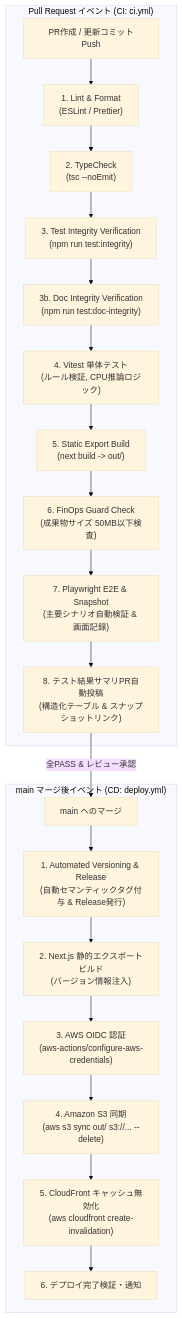
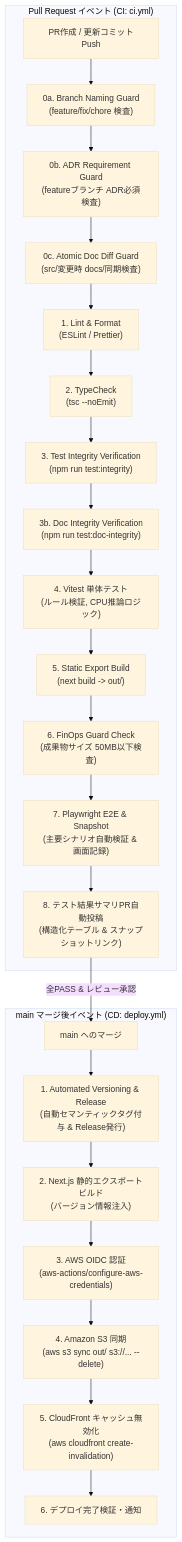
One commit to dandelion0016/algo changed the diagram in docs/design/sre/cicd-pipeline.md. Above: the diagram before and after it, drawn with Mermaid (base theme). The commit also changed other lines of this file and 5 other files, not shown here.

Commit message:
chore: enforce branch naming (feature/fix/chore), mandatory ADR for feature, and atomic doc diff hook

````diff
--- a/docs/design/sre/cicd-pipeline.md
+++ b/docs/design/sre/cicd-pipeline.md
@@ -35,25 +38,28 @@
 ```mermaid
 flowchart TD
     subgraph PullRequest["Pull Request イベント (CI: ci.yml)"]
-        PR["PR作成 / 更新コミットPush"] --> Step1["1. Lint & Format<br>(ESLint / Prettier)"]
+        PR["PR作成 / 更新コミットPush"] --> Step0a["0a. Branch Naming Guard<br>(feature/fix/chore 検査)"]
+        Step0a --> Step0b["0b. ADR Requirement Guard<br>(featureブランチ ADR必須検査)"]
+        Step0b --> Step0c["0c. Atomic Doc Diff Guard<br>(src/変更時 docs/同期検査)"]
+        Step0c --> Step1["1. Lint & Format<br>(ESLint / Prettier)"]
         Step1 --> Step2["2. TypeCheck<br>(tsc --noEmit)"]
         Step2 --> Step3["3. Test Integrity Verification<br>(npm run test:integrity)"]
         Step3 --> Step3b["3b. Doc Integrity Verification<br>(npm run test:doc-integrity)"]
         Step3b --> Step4["4. Vitest 単体テスト<br>(ルール検証, CPU推論ロジック)"]
         Step4 --> Step5["5. Static Export Build<br>(next build -> out/)"]
         Step5 --> Step6["6. FinOps Guard Check<br>(成果物サイズ 50MB以下検査)"]
         Step6 --> Step7["7. Playwright E2E & Snapshot<br>(主要シナリオ自動検証 & 画面記録)"]
         Step7 --> Step8["8. テスト結果サマリPR自動投稿<br>(構造化テーブル & スナップショットリンク)"]
     end
 
     subgraph MergeMain["main マージ後イベント (CD: deploy.yml)"]
         Merge["main へのマージ"] --> CD_Tag["1. Automated Versioning & Release<br>(自動セマンティックタグ付与 & Release発行)"]
         CD_Tag --> CD_Build["2. Next.js 静的エクスポートビルド<br>(バージョン情報注入)"]
         CD_Build --> CD_OIDC["3. AWS OIDC 認証<br>(aws-actions/configure-aws-credentials)"]
         CD_OIDC --> CD_S3Sync["4. Amazon S3 同期<br>(aws s3 sync out/ s3://... --delete)"]
         CD_S3Sync --> CD_CFInvalidate["5. CloudFront キャッシュ無効化<br>(aws cloudfront create-invalidation)"]
         CD_CFInvalidate --> CD_Notify["6. デプロイ完了検証・通知"]
     end
 
     Step8 -->|全PASS & レビュー承認| Merge
 ```
````
